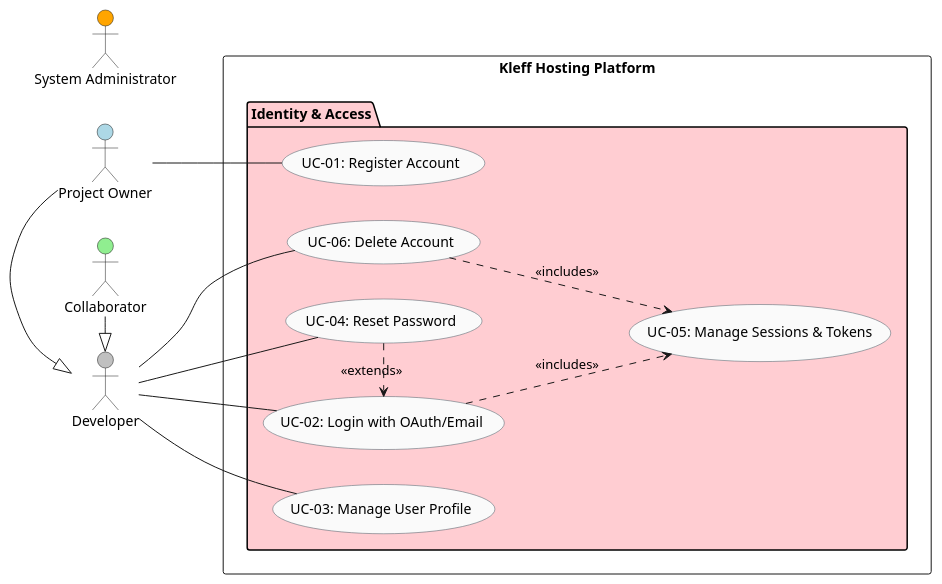
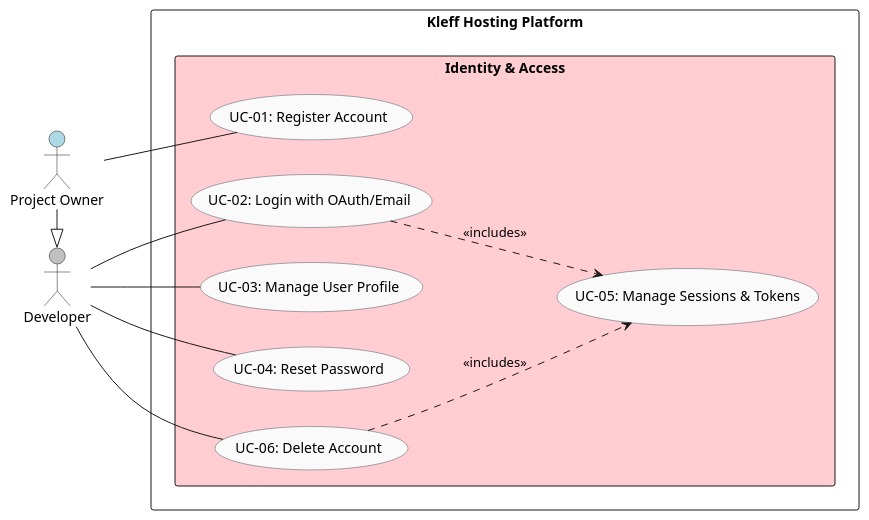
The diagram in docs/Identity/IdentityUseCase.puml (kleffio/.github), drawn with PlantUML before and after one commit. The commit also changed 9 other files, not shown here.

Commit message:
Updated diagrams to include new workspace bounded context

```diff
--- a/docs/Identity/IdentityUseCase.puml
+++ b/docs/Identity/IdentityUseCase.puml
@@ -1,47 +1,37 @@
-@startuml Kleff Hosting - Identity & Access Use Cases
+@startuml IdentityAndAccess
 left to right direction
 skinparam shadowing false
 skinparam usecase {
   BackgroundColor #FAFAFA
   BorderColor #455A64
   RoundCorner 14
 }
 
-' ==== Actors ====
-actor "Developer" as AuthUser #silver
+actor "Developer" as Dev #silver
 actor "Project Owner" as Owner #lightblue
-actor "Collaborator" as Collab #lightgreen
-actor "System Administrator" as Admin #orange
 
-' Generalization: Owner & Collaborator are Authenticated Users
-Owner -|> AuthUser
-Collab -|> AuthUser
+Owner -|> Dev
+rectangle "Kleff Hosting Platform" {
+  rectangle "Identity & Access" #FFCDD2 {
 
-rectangle "Kleff Hosting Platform" {
-
-  package "Identity & Access" #FFCDD2 {
     usecase "UC-01: Register Account" as UC01
     usecase "UC-02: Login with OAuth/Email" as UC02
     usecase "UC-03: Manage User Profile" as UC03
     usecase "UC-04: Reset Password" as UC04
     usecase "UC-05: Manage Sessions & Tokens" as UC05
     usecase "UC-06: Delete Account" as UC06
   }
 }
-
-' ==== Actor Relationships ====
-AuthUser -- UC02
-AuthUser -- UC03
-AuthUser -- UC04
-AuthUser -- UC06
+' Actor → main use cases
+Dev -- UC02
+Dev -- UC03
+Dev -- UC04
+Dev -- UC06
 
 Owner -- UC01
 
-' ==== EXTENDS ====
-UC04 .> UC02 : <<extends>>
-
-' ==== INCLUDES ====
+' Key include relationships
 UC02 ..> UC05 : <<includes>>
 UC06 ..> UC05 : <<includes>>
 
 @enduml
```
